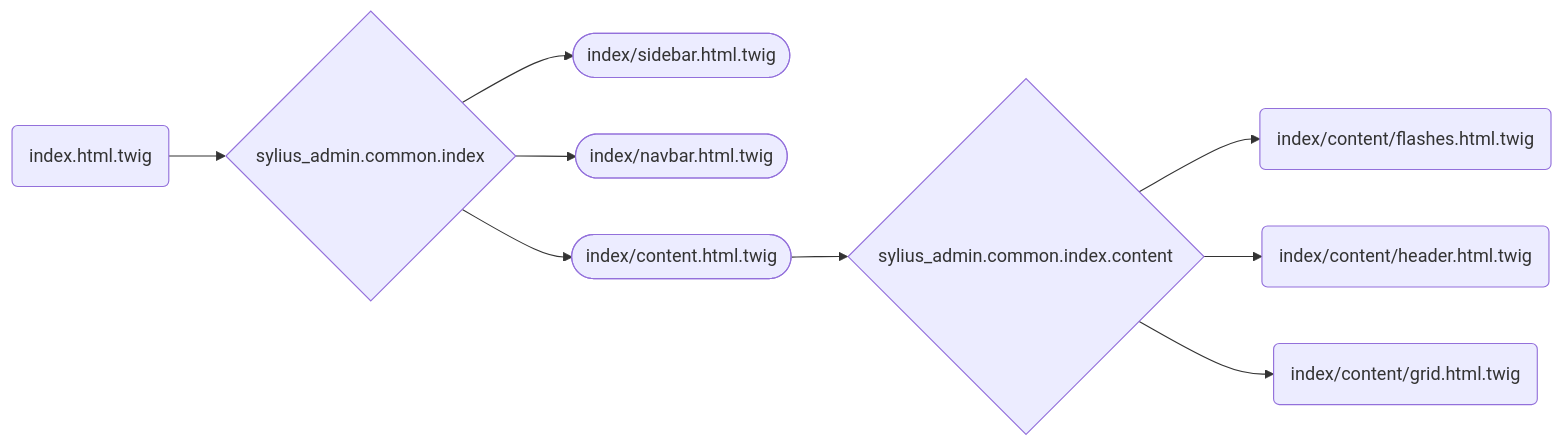
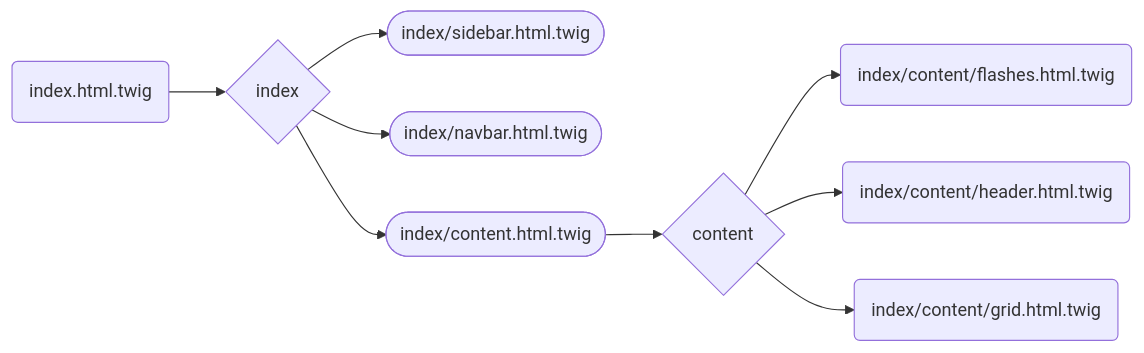
Before and after one commit to loic425/admin-panel-revolution-for-your-symfony-projects: the third of 3 diagrams in pages/05_sylius_stack.md, drawn with Mermaid. The commit also changed other lines of this file and 3 other files, not shown here.

````diff
--- a/pages/05_sylius_stack.md
+++ b/pages/05_sylius_stack.md
@@ -99,14 +136,14 @@
 ```mermaid
 flowchart LR
-    Template(index.html.twig) --> Hook2{sylius_admin.common.index}
+    Template(index.html.twig) --> Hook2{index}
     
     Hook2 --> Sidebar([index/sidebar.html.twig])
     Hook2--> Navbar([index/navbar.html.twig])
     Hook2 --> Content([index/content.html.twig])
 
-    Content --> Hook3{sylius_admin.common.index.content}
+    Content --> Hook3{content}
 
     Hook3 --> Flashes(index/content/flashes.html.twig)
     Hook3 --> Header(index/content/header.html.twig)
     Hook3 --> Grid(index/content/grid.html.twig)
 ```
````
